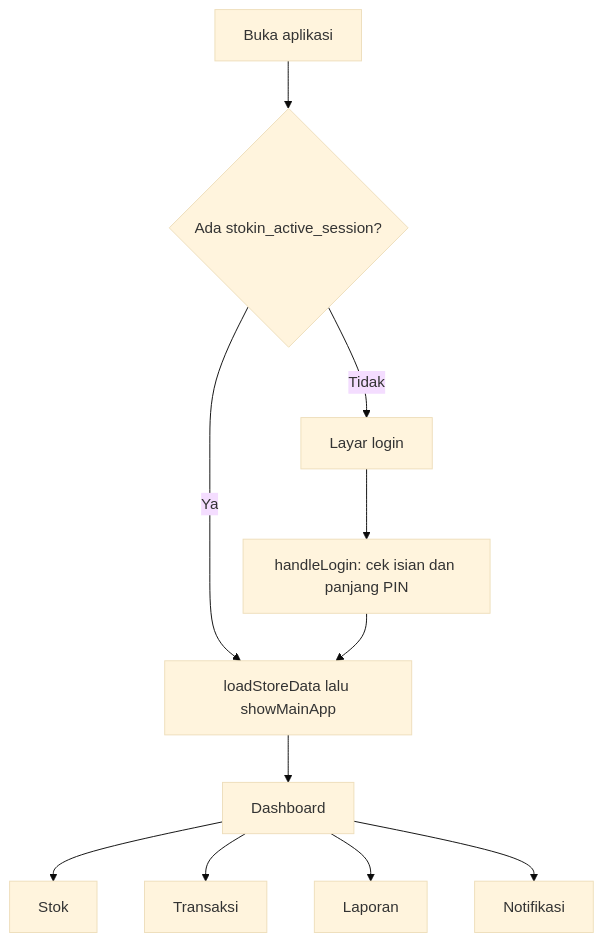
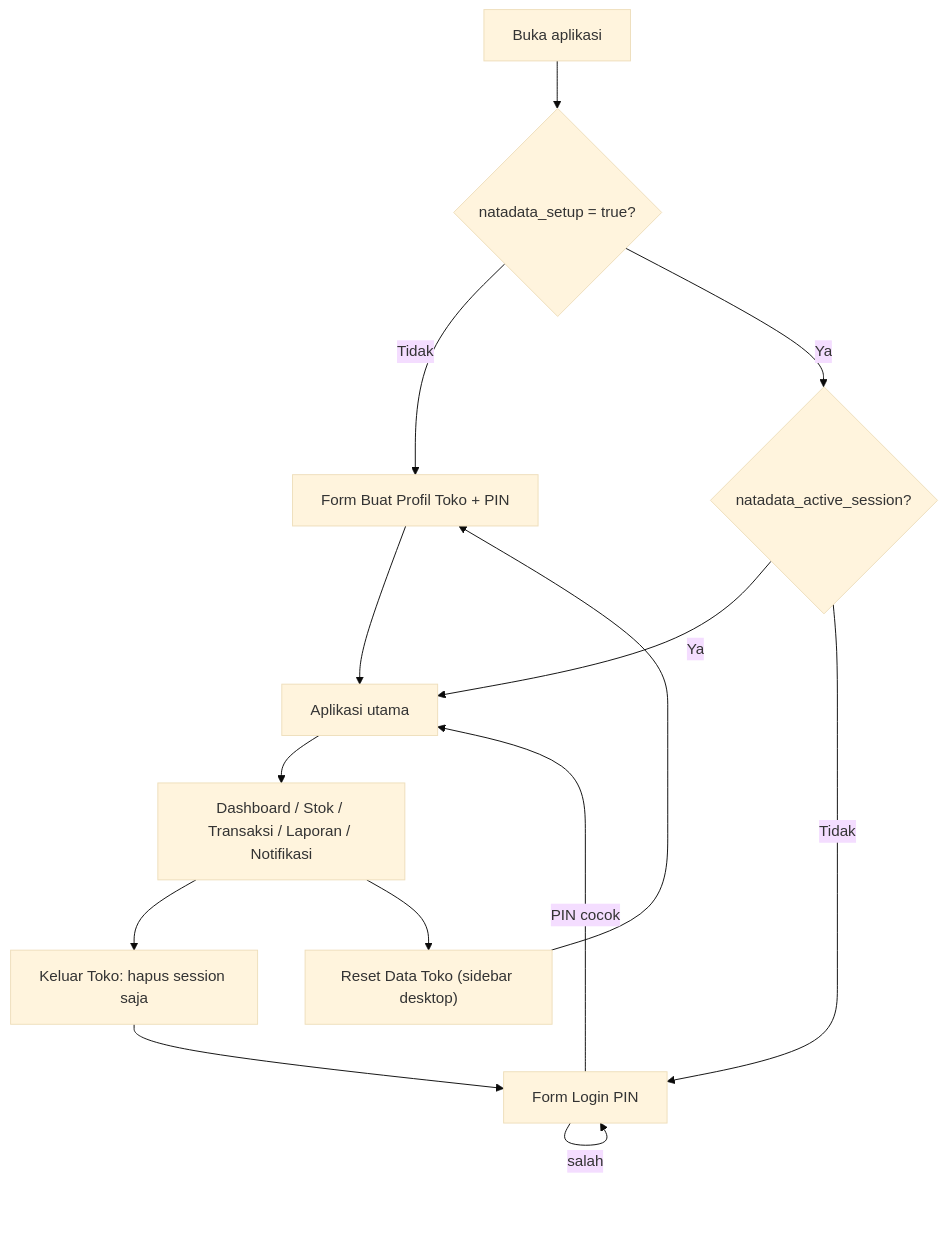
One commit to FarrelPtrv/NataData---Inventaris changed the second of 4 diagrams in docs/ARCHITECTURE.md. Above: the diagram before and after it, drawn with Mermaid (base theme). The commit also changed other lines of this file and 7 other files, not shown here.

````diff
--- a/docs/ARCHITECTURE.md
+++ b/docs/ARCHITECTURE.md
@@ -116,13 +98,16 @@
 ```mermaid
 flowchart TD
-    A[Buka aplikasi] --> B{Ada stokin_active_session?}
-    B -- Ya --> E[loadStoreData lalu showMainApp]
-    B -- Tidak --> C[Layar login]
-    C --> D[handleLogin: cek isian dan panjang PIN]
-    D --> E
-    E --> F[Dashboard]
-    F --> G[Stok]
-    F --> H[Transaksi]
-    F --> I[Laporan]
-    F --> J[Notifikasi]
+    A[Buka aplikasi] --> B{natadata_setup = true?}
+    B -- Tidak --> C[Form Buat Profil Toko + PIN]
+    C --> F
+    B -- Ya --> D{natadata_active_session?}
+    D -- Ya --> F[Aplikasi utama]
+    D -- Tidak --> E[Form Login PIN]
+    E -- PIN cocok --> F
+    E -- salah --> E
+    F --> G[Dashboard / Stok / Transaksi / Laporan / Notifikasi]
+    G --> H[Keluar Toko: hapus session saja]
+    H --> E
+    G --> I["Reset Data Toko (sidebar desktop)"]
+    I --> C
 ```
````
